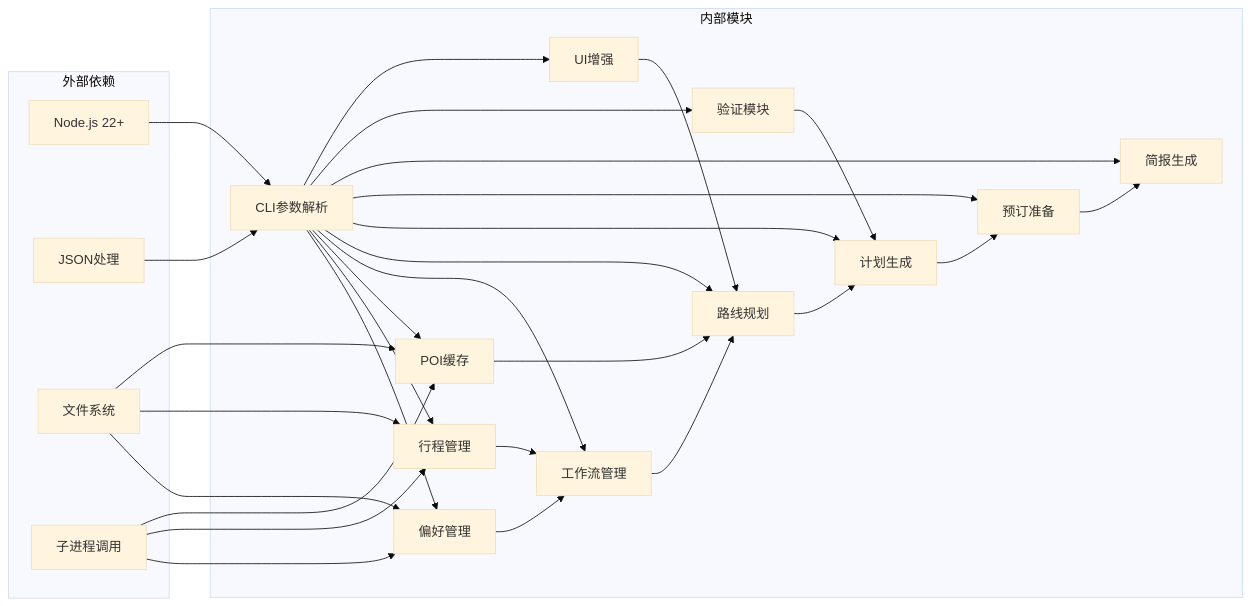
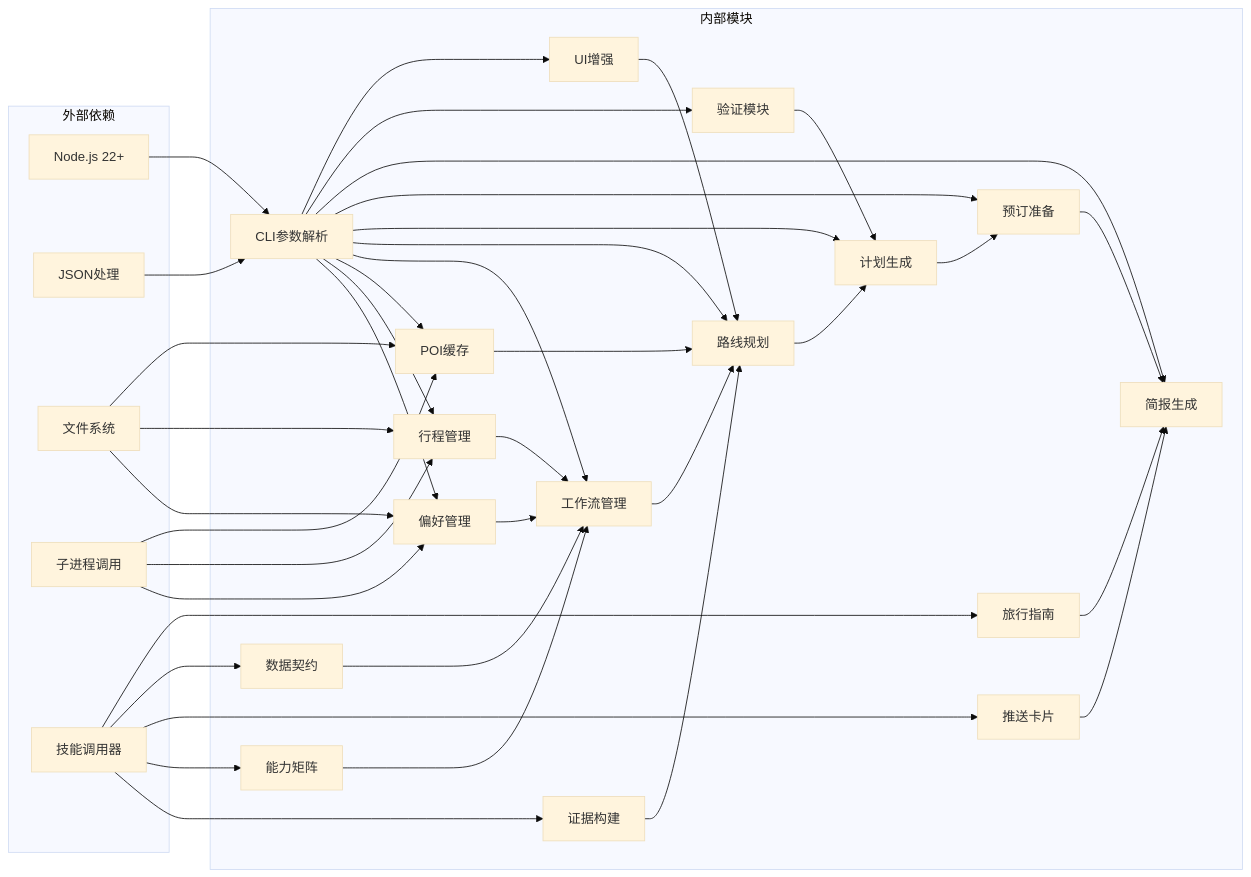
Before and after one commit to verse-ai-org/openclaw: the fourth of 25 diagrams in .qoder/repowiki/zh/content/技能平台/内置技能/旅行规划技能系统.md, drawn with Mermaid (base theme). The commit also changed other lines of this file and 59 other files, not shown here.

````diff
--- a/.qoder/repowiki/zh/content/技能平台/内置技能/旅行规划技能系统.md
+++ b/.qoder/repowiki/zh/content/技能平台/内置技能/旅行规划技能系统.md
@@ -294,49 +641,65 @@
 ```mermaid
 graph LR
 subgraph "外部依赖"
 A[Node.js 22+]
 B[JSON处理]
 C[文件系统]
 D[子进程调用]
+E[技能调用器]
 end
 subgraph "内部模块"
-E[CLI参数解析]
-F[偏好管理]
-G[行程管理]
-H[POI缓存]
-I[工作流管理]
-J[路线规划]
-K[计划生成]
-L[预订准备]
-M[简报生成]
-N[验证模块]
-O[UI增强]
+F[CLI参数解析]
+G[偏好管理]
+H[行程管理]
+I[POI缓存]
+J[工作流管理]
+K[路线规划]
+L[计划生成]
+M[预订准备]
+N[简报生成]
+O[验证模块]
+P[UI增强]
+Q[证据构建]
+R[能力矩阵]
+S[推送卡片]
+T[数据契约]
+U[旅行指南]
 end
-A --> E
-B --> E
-C --> F
-D --> F
+A --> F
+B --> F
 C --> G
 D --> G
 C --> H
 D --> H
-E --> F
-E --> G
-E --> H
-E --> I
-E --> J
-E --> K
-E --> L
-E --> M
-E --> N
-E --> O
+C --> I
+D --> I
+E --> Q
+E --> R
+E --> S
+E --> T
+E --> U
+F --> G
+F --> H
 F --> I
-G --> I
+F --> J
+F --> K
+F --> L
+F --> M
+F --> N
+F --> O
+F --> P
+G --> J
 H --> J
-I --> J
+I --> K
 J --> K
 K --> L
 L --> M
-N --> K
-O --> J
+M --> N
+O --> L
+P --> K
+Q --> K
+R --> J
+S --> N
+T --> J
+U --> N
 ```
````
